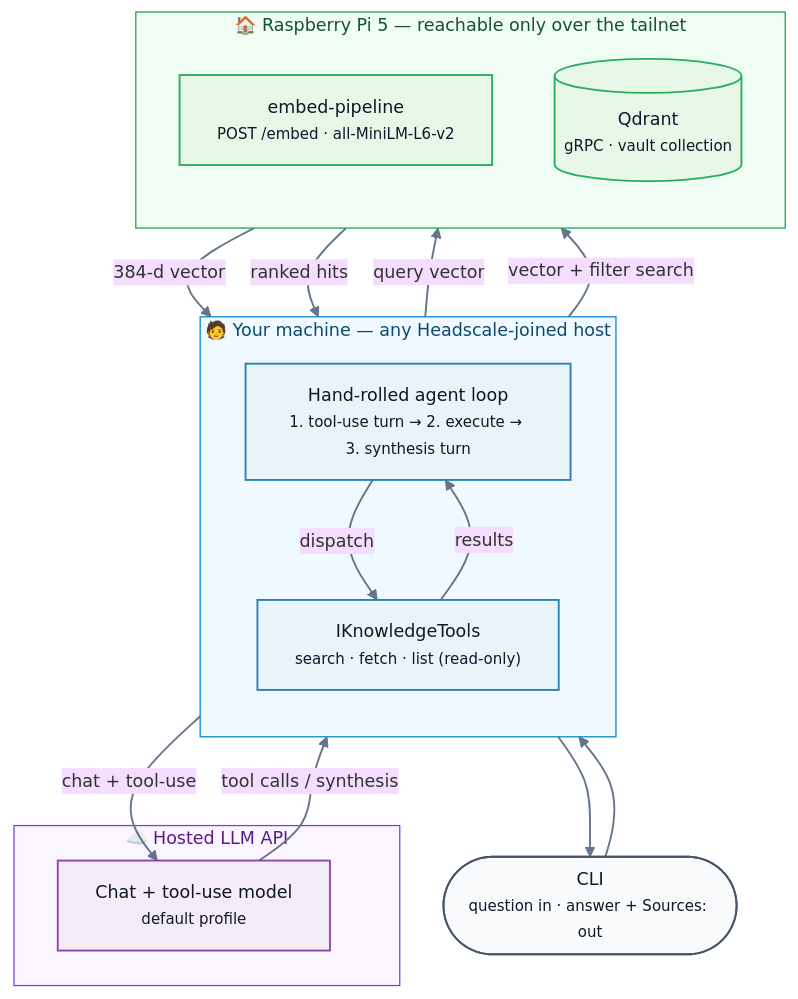
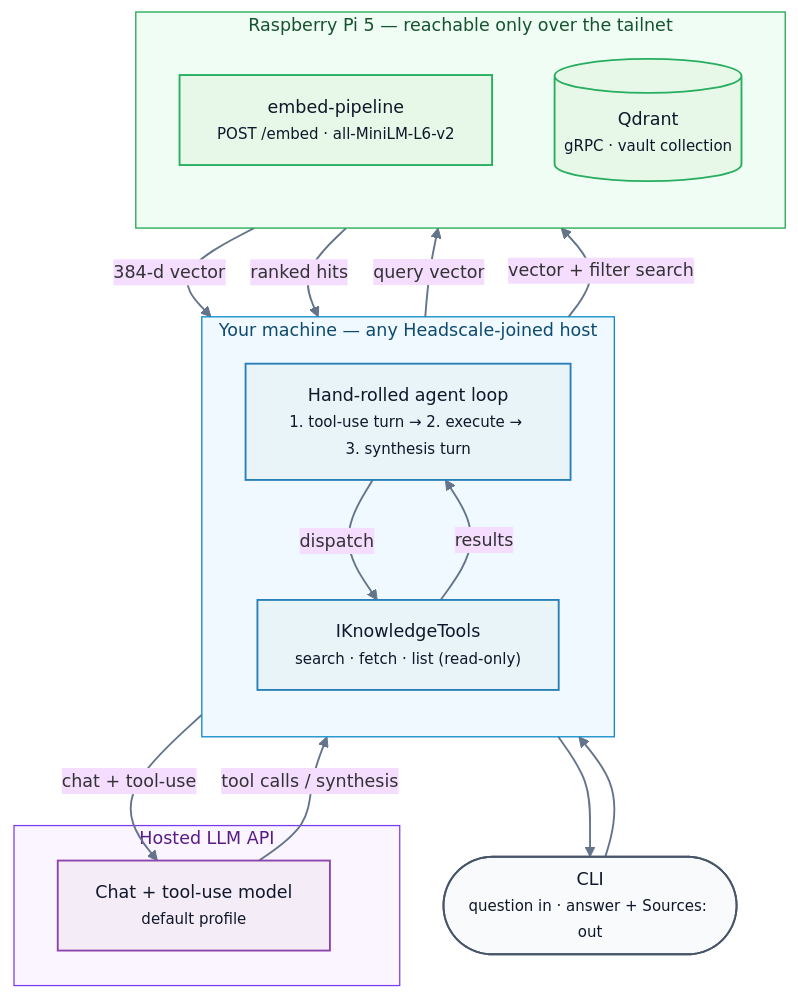
One commit to stefandango/agentic-rag changed the diagram in README.md. Above: the diagram before and after it, drawn with Mermaid. The commit also changed other lines of this file and 3 other files, not shown here.

````diff
--- a/README.md
+++ b/README.md
@@ -16,53 +42,53 @@
 ```mermaid
 %%{init: {'theme':'base', 'themeVariables': {
   'fontFamily': 'ui-sans-serif, -apple-system, Segoe UI, sans-serif',
   'fontSize': '14px',
   'primaryBorderColor': '#475569',
   'lineColor': '#64748b'
 }}}%%
 flowchart TB
     cli(["CLI<br/><span style='font-size:12px;color:#475569'>question in · answer + Sources: out</span>"])
 
-    subgraph host["🧑 Your machine — any Headscale-joined host"]
+    subgraph host["Your machine — any Headscale-joined host"]
         direction TB
         loop["Hand-rolled agent loop<br/><span style='font-size:12px;color:#475569'>1. tool-use turn → 2. execute → 3. synthesis turn</span>"]
         tools["IKnowledgeTools<br/><span style='font-size:12px;color:#475569'>search · fetch · list (read-only)</span>"]
     end
 
-    subgraph cloud["☁️ Hosted LLM API"]
+    subgraph cloud["Hosted LLM API"]
         mistral["Chat + tool-use model<br/><span style='font-size:12px;color:#475569'>default profile</span>"]
     end
 
-    subgraph pi["🏠 Raspberry Pi 5 — reachable only over the tailnet"]
+    subgraph pi["Raspberry Pi 5 — reachable only over the tailnet"]
         direction TB
         embed["embed-pipeline<br/><span style='font-size:12px;color:#475569'>POST /embed · all-MiniLM-L6-v2</span>"]
         qdrant[("Qdrant<br/><span style='font-size:12px;color:#475569'>gRPC · vault collection</span>")]
     end
 
     cli --> loop
     loop -- "chat + tool-use" --> mistral
     mistral -- "tool calls / synthesis" --> loop
     loop -- "dispatch" --> tools
     tools -- "query vector" --> embed
     tools -- "vector + filter search" --> qdrant
     embed -- "384-d vector" --> tools
     qdrant -- "ranked hits" --> tools
     tools -- "results" --> loop
     loop --> cli
 
     classDef hostStyle fill:#e8f4f8,stroke:#2980b9,stroke-width:1.5px,color:#0f172a
     classDef cloudStyle fill:#f4ecf7,stroke:#8e44ad,stroke-width:1.5px,color:#0f172a
     classDef piStyle fill:#e8f8e8,stroke:#27ae60,stroke-width:1.5px,color:#0f172a
     classDef cliStyle fill:#f8fafc,stroke:#475569,stroke-width:1.5px,color:#0f172a
 
     class loop,tools hostStyle
     class mistral cloudStyle
     class embed,qdrant piStyle
     class cli cliStyle
 
     style host fill:#f0f9ff,stroke:#0284c7,stroke-width:1px,color:#0c4a6e
     style cloud fill:#faf5ff,stroke:#7c3aed,stroke-width:1px,color:#581c87
     style pi fill:#f0fdf4,stroke:#16a34a,stroke-width:1px,color:#14532d
 
     linkStyle default stroke:#64748b,stroke-width:1.5px
 ```
````
